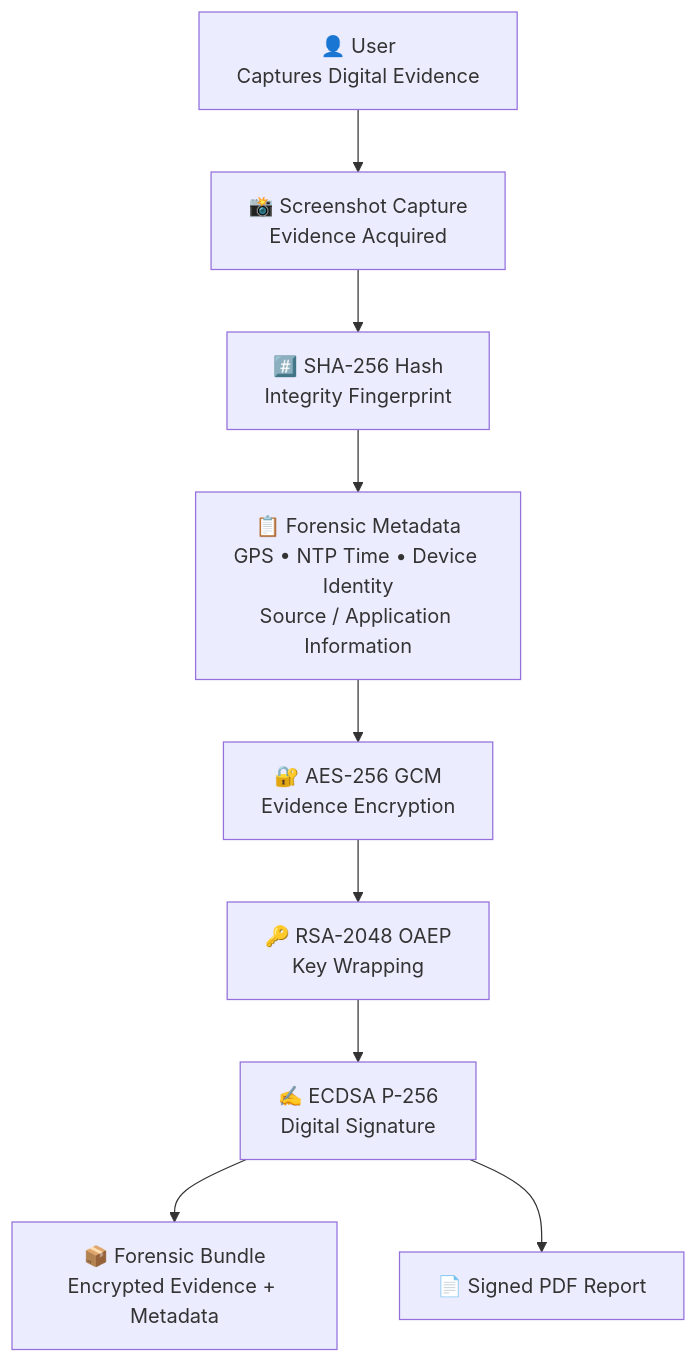
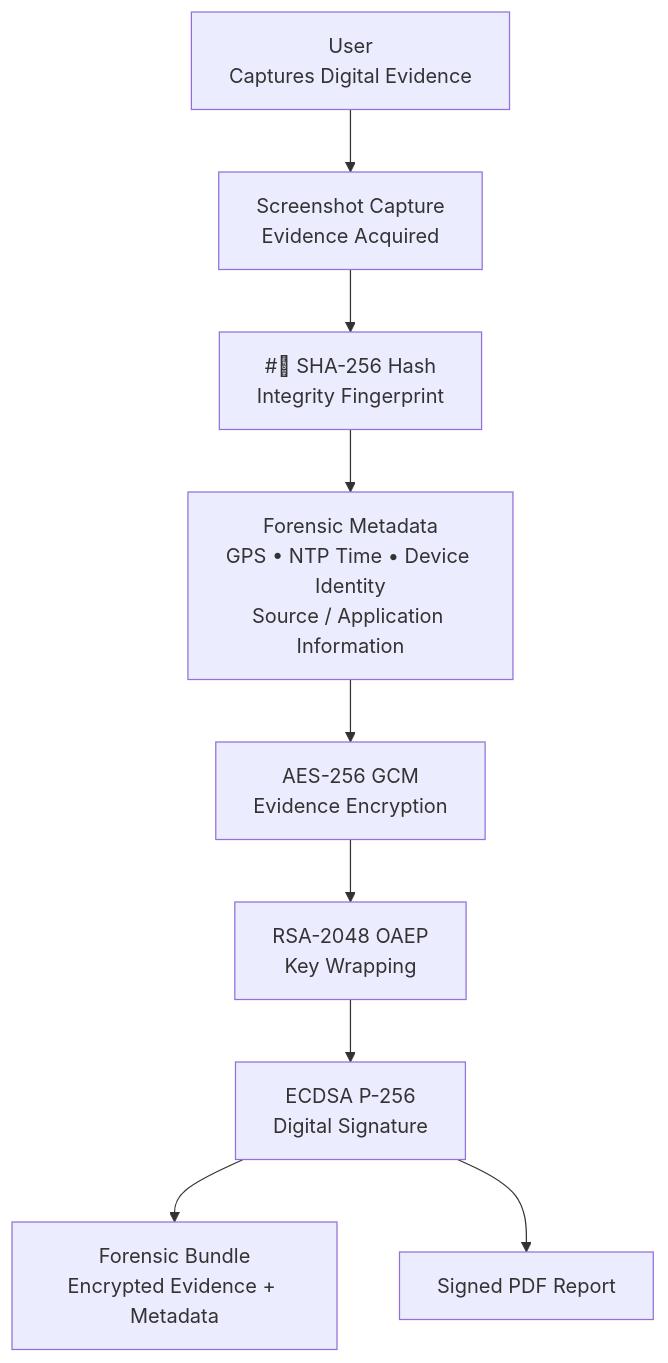
One commit to EVIDA-Project/EVIDA changed the first of 4 diagrams in README.md. Above: the diagram before and after it, drawn with Mermaid. The commit also changed other lines of this file, not shown here.

````diff
--- a/README.md
+++ b/README.md
@@ -50,21 +48,21 @@
 ```mermaid
 flowchart TD
-    A["👤 User<br/>Captures Digital Evidence"]
-    B["📸 Screenshot Capture<br/>Evidence Acquired"]
-    C["#️⃣ SHA-256 Hash<br/>Integrity Fingerprint"]
-    D["📋 Forensic Metadata<br/>GPS • NTP Time • Device Identity<br/>Source / Application Information"]
-    E["🔐 AES-256 GCM<br/>Evidence Encryption"]
-    F["🔑 RSA-2048 OAEP<br/>Key Wrapping"]
-    G["✍️ ECDSA P-256<br/>Digital Signature"]
-    H["📦 Forensic Bundle<br/>Encrypted Evidence + Metadata"]
-    I["📄 Signed PDF Report"]
+ A[" User<br/>Captures Digital Evidence"]
+ B[" Screenshot Capture<br/>Evidence Acquired"]
+ C["#⃣ SHA-256 Hash<br/>Integrity Fingerprint"]
+ D[" Forensic Metadata<br/>GPS • NTP Time • Device Identity<br/>Source / Application Information"]
+ E[" AES-256 GCM<br/>Evidence Encryption"]
+ F[" RSA-2048 OAEP<br/>Key Wrapping"]
+ G[" ECDSA P-256<br/>Digital Signature"]
+ H[" Forensic Bundle<br/>Encrypted Evidence + Metadata"]
+ I[" Signed PDF Report"]
 
-    A --> B
-    B --> C
-    C --> D
-    D --> E
-    E --> F
-    F --> G
-    G --> H
-    G --> I
+ A --> B
+ B --> C
+ C --> D
+ D --> E
+ E --> F
+ F --> G
+ G --> H
+ G --> I
 ```
````
